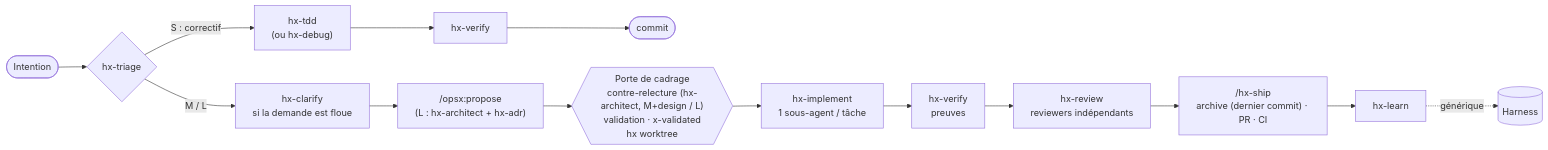
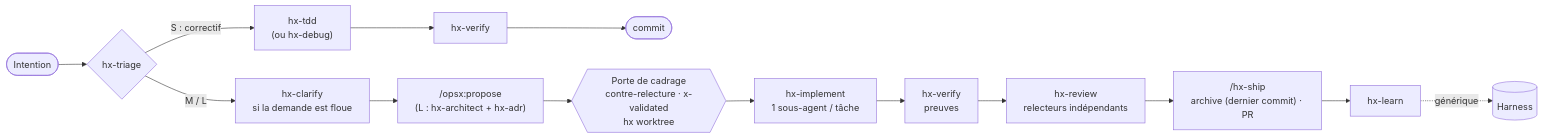
Before and after one commit to PatayEnCroute/Harness: the second of 4 diagrams in docs/PLAN.md, drawn with Mermaid. The commit also changed other lines of this file and 1 other file, not shown here.

First line of the commit message:
PLAN simplifié : workflow avant l'architecture, redites avec le README et le code retirées

````diff
--- a/docs/PLAN.md
+++ b/docs/PLAN.md
@@ -188,14 +54,14 @@
 ```mermaid
 flowchart LR
   I([Intention]) --> T{hx-triage}
   T -->|S : correctif| TDD["hx-tdd<br/>(ou hx-debug)"]
   TDD --> VS[hx-verify] --> CM([commit])
   T -->|M / L| C["hx-clarify<br/>si la demande est floue"] --> P["/opsx:propose<br/>(L : hx-architect + hx-adr)"]
-  P --> G{{"Porte de cadrage<br/>contre-relecture (hx-architect, M+design / L)<br/>validation · x-validated<br/>hx worktree"}}
+  P --> G{{"Porte de cadrage<br/>contre-relecture · x-validated<br/>hx worktree"}}
   G --> IM["hx-implement<br/>1 sous-agent / tâche"]
   IM --> V["hx-verify<br/>preuves"]
-  V --> RV["hx-review<br/>reviewers indépendants"]
-  RV --> SH["/hx-ship<br/>archive (dernier commit) · PR · CI"]
+  V --> RV["hx-review<br/>relecteurs indépendants"]
+  RV --> SH["/hx-ship<br/>archive (dernier commit) · PR"]
   SH --> L[hx-learn]
   L -.->|générique| HX[(Harness)]
 ```
````
